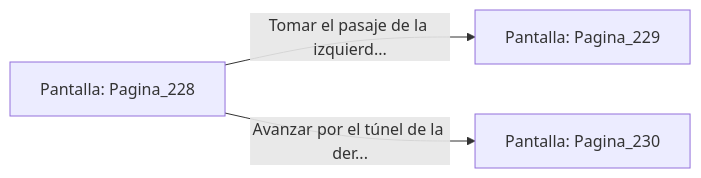
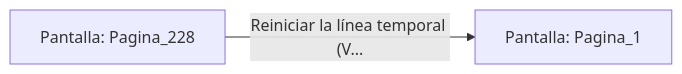
The diagram in sample/eligejuego-vault/Pantalla_Pagina_228.md (metsuke/mpl), drawn with Mermaid before and after one commit. The commit also changed other lines of this file and 635 other files, not shown here.

First line of the commit message:
fix: añadir Pagina_1 como pantalla inicial en capitulo_01.mpl

````diff
--- a/sample/eligejuego-vault/Pantalla_Pagina_228.md
+++ b/sample/eligejuego-vault/Pantalla_Pagina_228.md
@@ -20,6 +17,5 @@
 ```mermaid
 graph LR
     P_Pagina_228["Pantalla: Pagina_228"]
-    P_Pagina_228 -->|"Tomar el pasaje de la izquierd..."| P_Pagina_229["Pantalla: Pagina_229"]
-    P_Pagina_228 -->|"Avanzar por el túnel de la der..."| P_Pagina_230["Pantalla: Pagina_230"]
+    P_Pagina_228 -->|"Reiniciar la línea temporal (V..."| P_Pagina_1["Pantalla: Pagina_1"]
 ```
````
